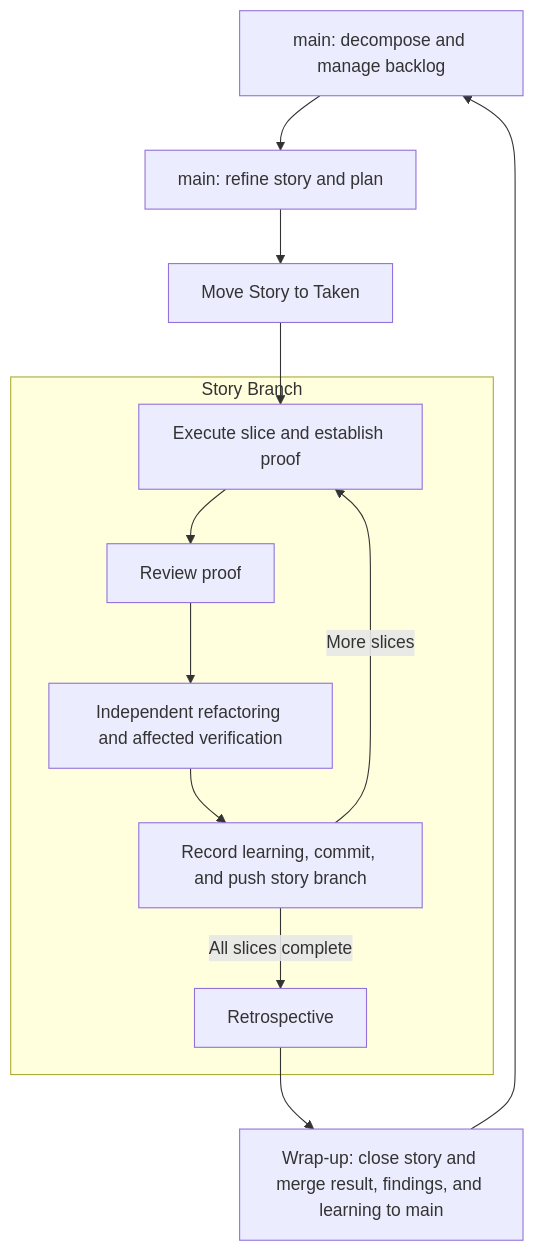
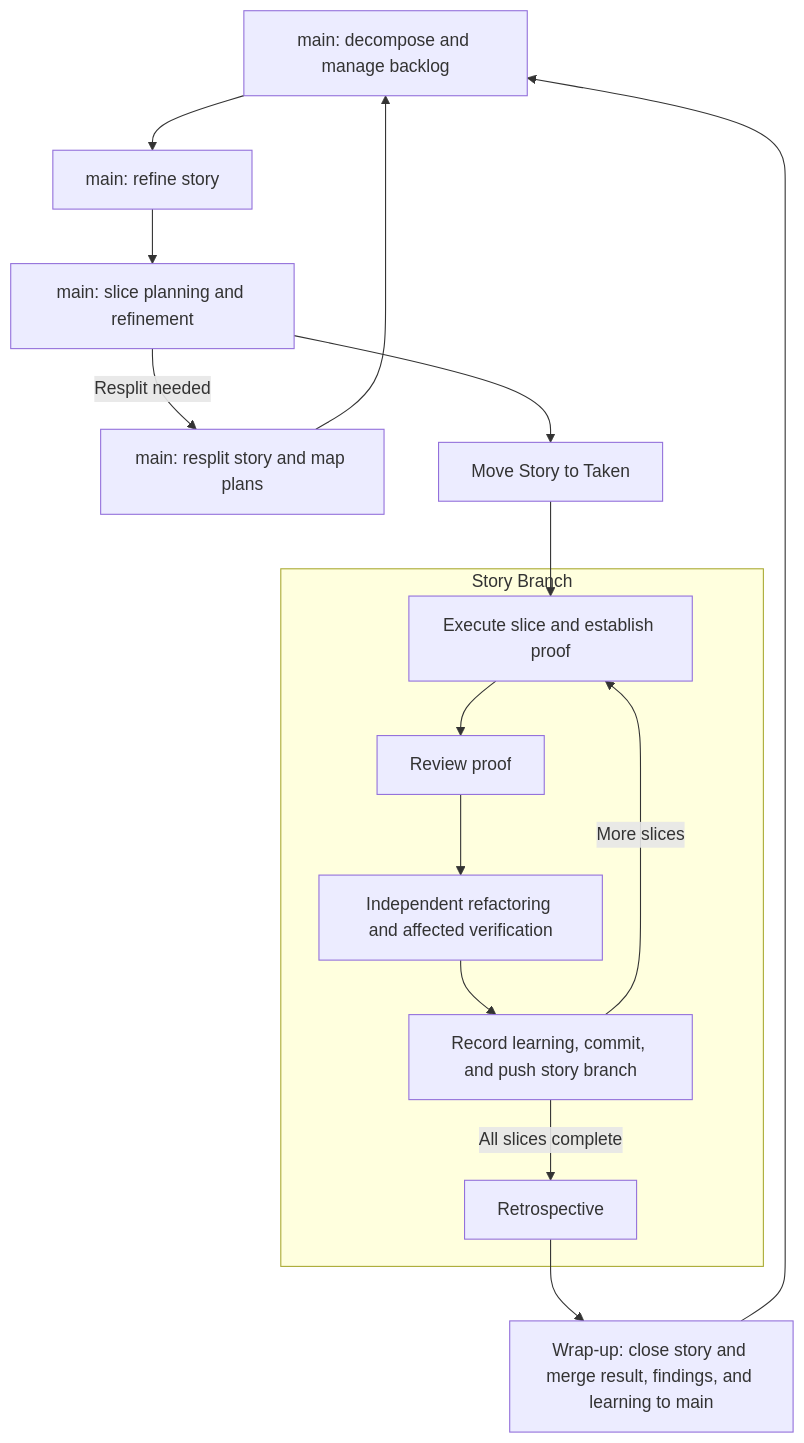
The diagram in docs/adrs/0007-software-development-lifecycles.md (terryyin/open-dough), drawn with Mermaid before and after one commit. The commit also changed other lines of this file, not shown here.

Commit message:
Update software development lifecycles documentation to include refined planning processes and new artifacts, enhancing clarity on story management and execution.

````diff
--- a/docs/adrs/0007-software-development-lifecycles.md
+++ b/docs/adrs/0007-software-development-lifecycles.md
@@ -40,15 +40,19 @@
 ```mermaid
 flowchart TD
-    A["main: decompose and manage backlog"] --> B["main: refine story and plan"]
-    B --> C["Move Story to Taken"]
+    A["main: decompose and manage backlog"] --> B["main: refine story"]
+    B --> P["main: slice planning and refinement"]
+    P -->|Resplit needed| R["main: resplit story and map plans"]
+    R --> A
+    P --> C["Move Story to Taken"]
     subgraph S["Story Branch"]
         D["Execute slice and establish proof"] --> E["Review proof"]
         E --> F["Independent refactoring and affected verification"]
         F --> G["Record learning, commit, and push story branch"]
         G -->|More slices| D
         G -->|All slices complete| H["Retrospective"]
     end
     C --> D
     H --> I["Wrap-up: close story and merge result, findings, and learning to main"]
     I --> A
+
 ```
````
